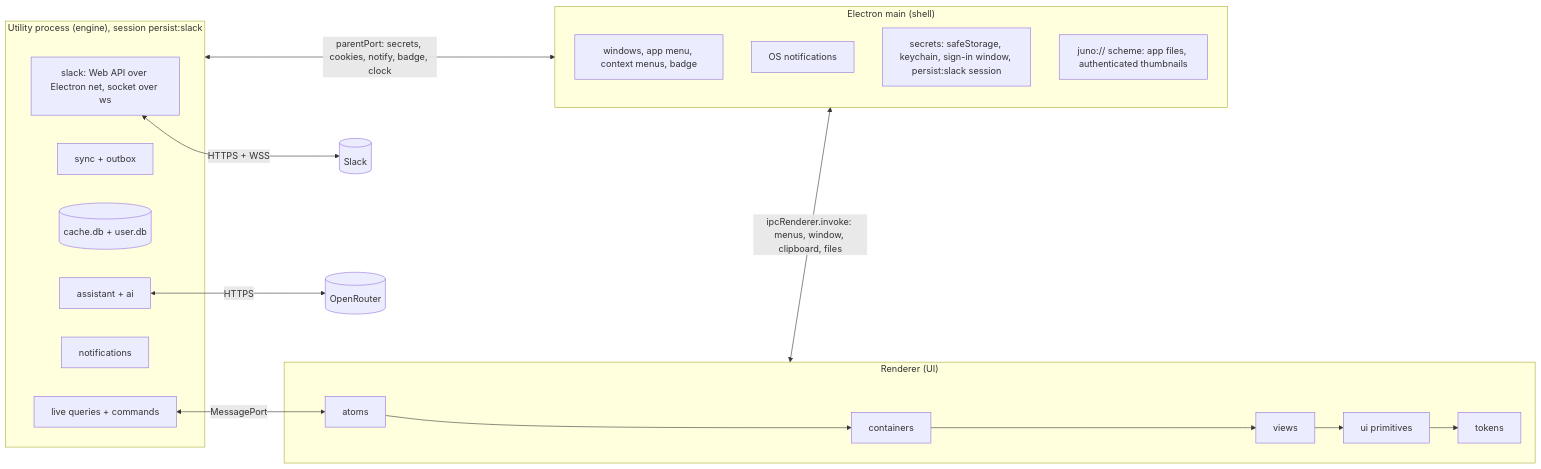
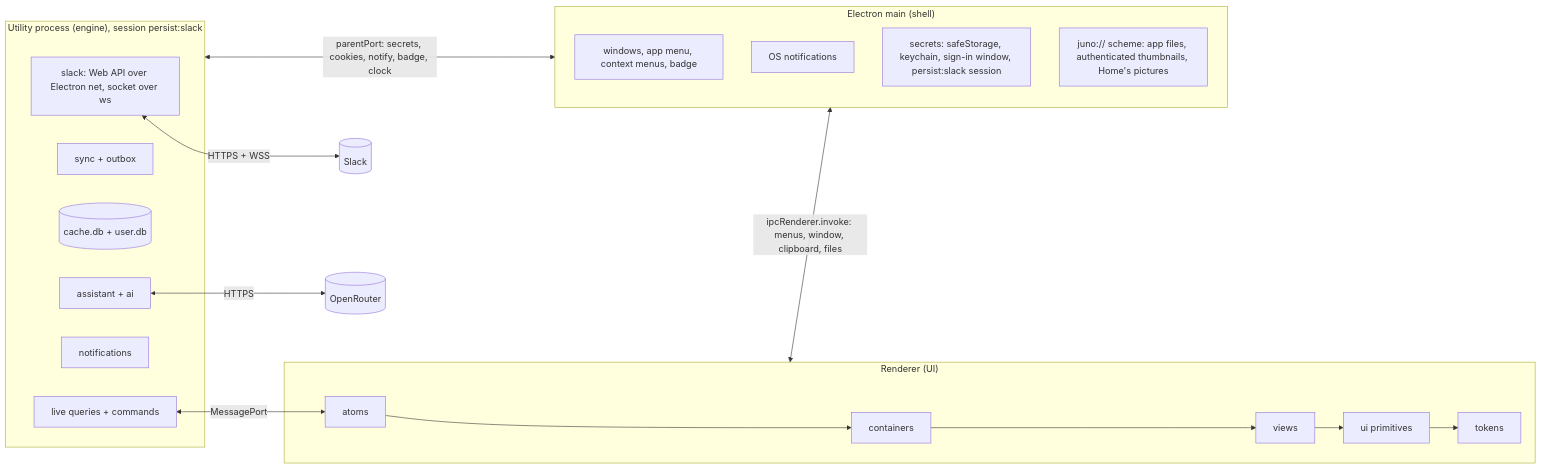
Before and after one commit to triptu/juno: the first of 2 diagrams in docs/architecture.md, drawn with Mermaid. The commit also changed other lines of this file and 20 other files, not shown here.

````diff
--- a/docs/architecture.md
+++ b/docs/architecture.md
@@ -11,25 +11,25 @@
 ```mermaid
 flowchart LR
   subgraph main["Electron main (shell)"]
     W[windows, app menu, context menus, badge]
     N[OS notifications]
     S[secrets: safeStorage, keychain, sign-in window, persist:slack session]
-    F[juno:// scheme: app files, authenticated thumbnails]
+    F[juno:// scheme: app files, authenticated thumbnails, Home's pictures]
   end
   subgraph engine["Utility process (engine), session persist:slack"]
     SL[slack: Web API over Electron net, socket over ws]
     SY[sync + outbox]
     ST[(cache.db + user.db)]
     AS[assistant + ai]
     NO[notifications]
     Q[live queries + commands]
   end
   subgraph renderer["Renderer (UI)"]
     A[atoms] --> C[containers] --> V[views] --> U[ui primitives] --> T[tokens]
   end
   SL <-->|HTTPS + WSS| Slack[(Slack)]
   AS <-->|HTTPS| OR[(OpenRouter)]
   Q <-->|MessagePort| A
   engine <-->|parentPort: secrets, cookies, notify, badge, clock| main
   renderer <-->|ipcRenderer.invoke: menus, window, clipboard, files| main
 ```
````
